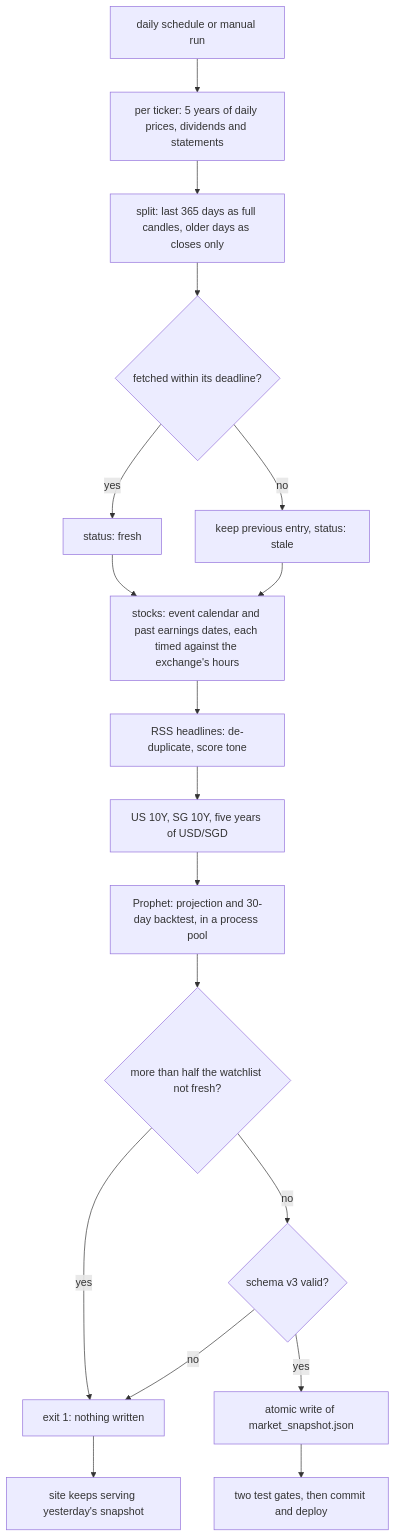
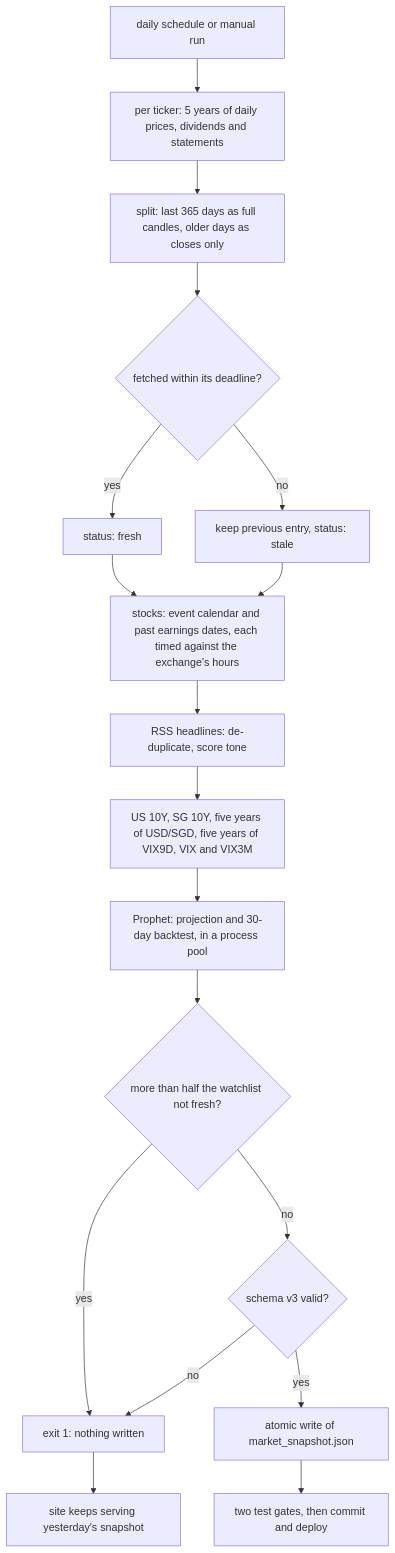
Before and after one commit to myc208/quantlens: the third of 5 diagrams in README.md, drawn with Mermaid. The commit also changed other lines of this file and 7 other files, not shown here.

````diff
--- a/README.md
+++ b/README.md
@@ -343,20 +352,20 @@
 ```mermaid
 flowchart TD
   CRON["daily schedule or manual run"] --> FETCH["per ticker: 5 years of daily prices, dividends and statements"]
   FETCH --> SPLIT["split: last 365 days as full candles, older days as closes only"]
   SPLIT --> EACH{"fetched within its deadline?"}
   EACH -->|"yes"| FRESH["status: fresh"]
   EACH -->|"no"| CARRY["keep previous entry, status: stale"]
   FRESH --> EV["stocks: event calendar and past earnings dates, each timed against the exchange's hours"]
   CARRY --> EV
   EV --> NEWS["RSS headlines: de-duplicate, score tone"]
-  NEWS --> MACRO["US 10Y, SG 10Y, five years of USD/SGD"]
+  NEWS --> MACRO["US 10Y, SG 10Y, five years of USD/SGD, five years of VIX9D, VIX and VIX3M"]
   MACRO --> FC["Prophet: projection and 30-day backtest, in a process pool"]
   FC --> HALF{"more than half the watchlist not fresh?"}
   HALF -->|"yes"| ABORT["exit 1: nothing written"]
   HALF -->|"no"| VALID{"schema v3 valid?"}
   VALID -->|"no"| ABORT
   VALID -->|"yes"| WRITE["atomic write of market_snapshot.json"]
   WRITE --> G["two test gates, then commit and deploy"]
   ABORT --> KEEP["site keeps serving yesterday's snapshot"]
 ```
````
